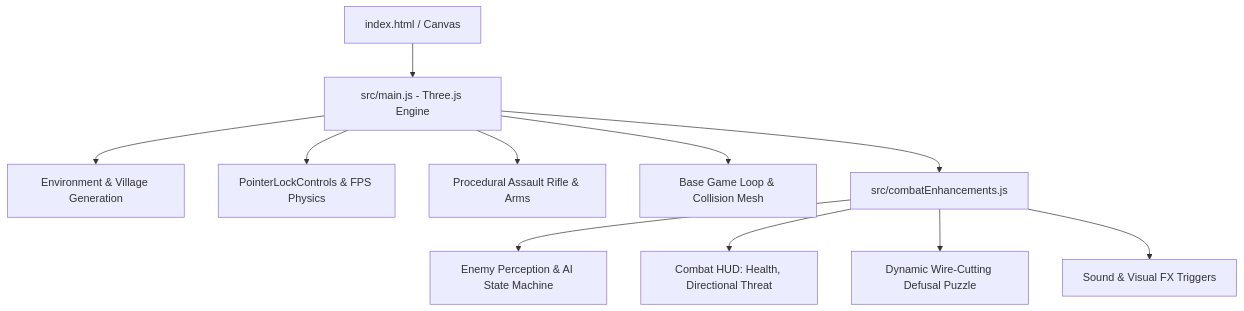
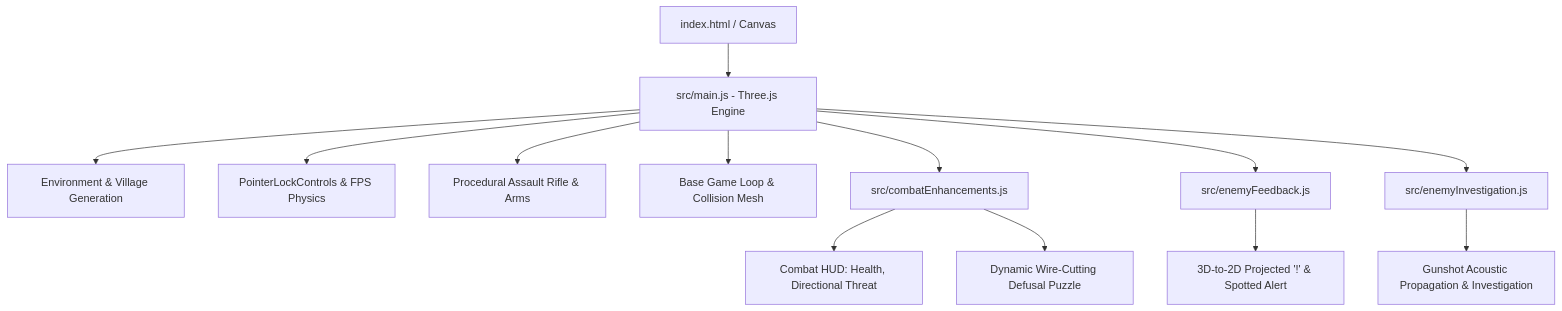
The diagram in PROJECT_STATE.md (Snigdha-0210/Bomb_Defusal), drawn with Mermaid before and after one commit. The commit also changed other lines of this file and 5 other files, not shown here.

Commit message:
feat: add 3D-to-2D projected enemy feedback markers and gunshot investigation AI

````diff
--- a/PROJECT_STATE.md
+++ b/PROJECT_STATE.md
@@ -29,14 +31,16 @@
 ```mermaid
 graph TD
     A[index.html / Canvas] --> B[src/main.js - Three.js Engine]
     B --> C[Environment & Village Generation]
     B --> D[PointerLockControls & FPS Physics]
     B --> E[Procedural Assault Rifle & Arms]
     B --> F[Base Game Loop & Collision Mesh]
     B --> G[src/combatEnhancements.js]
+    B --> H[src/enemyFeedback.js]
+    B --> I[src/enemyInvestigation.js]
     
-    G --> H[Enemy Perception & AI State Machine]
-    G --> I[Combat HUD: Health, Directional Threat]
-    G --> J[Dynamic Wire-Cutting Defusal Puzzle]
-    G --> K[Sound & Visual FX Triggers]
+    G --> J[Combat HUD: Health, Directional Threat]
+    G --> K[Dynamic Wire-Cutting Defusal Puzzle]
+    H --> L[3D-to-2D Projected '!' & Spotted Alert]
+    I --> M[Gunshot Acoustic Propagation & Investigation]
 ```
````
